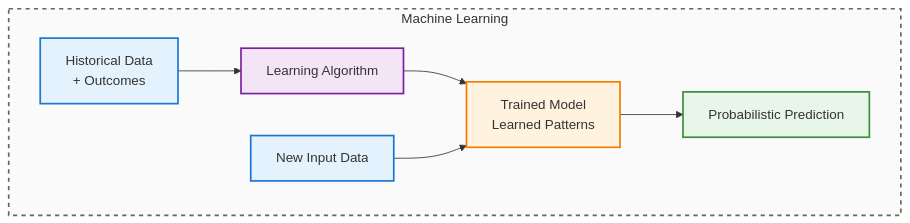
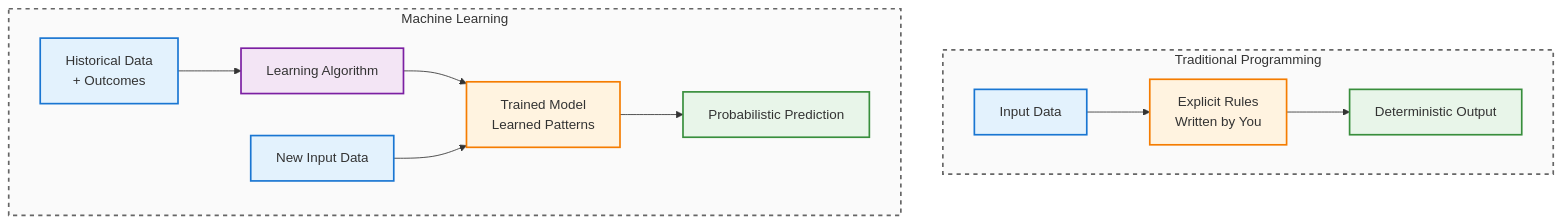
One commit to ravijoshi1810/codifyme changed the first of 3 diagrams in _posts/series/journey-automation-to-ai/2025-12-28-series-1-chapter-1-2-how-machines-learn.md. Above: the diagram before and after it, drawn with Mermaid. The commit also changed other lines of this file and 25 other files, not shown here.

````diff
--- a/_posts/series/journey-automation-to-ai/2025-12-28-series-1-chapter-1-2-how-machines-learn.md
+++ b/_posts/series/journey-automation-to-ai/2025-12-28-series-1-chapter-1-2-how-machines-learn.md
@@ -92,15 +46,23 @@
 ```mermaid
 flowchart TB
+    subgraph automation["Traditional Programming"]
+        A1[Input Data] --> A2[Explicit Rules\nWritten by You]
+        A2 --> A3[Deterministic Output]
+        style A1 fill:#e3f2fd,stroke:#1976d2,stroke-width:2px
+        style A2 fill:#fff3e0,stroke:#f57c00,stroke-width:2px
+        style A3 fill:#e8f5e9,stroke:#388e3c,stroke-width:2px
+    end
+    style automation fill:#fafafa,stroke:#666,stroke-width:2px,stroke-dasharray: 5 5
     subgraph ml["Machine Learning"]
         M1[Historical Data\n+ Outcomes] --> M2[Learning Algorithm]
         M2 --> M3[Trained Model\nLearned Patterns]
         M4[New Input Data] --> M3
         M3 --> M5[Probabilistic Prediction]
         style M1 fill:#e3f2fd,stroke:#1976d2,stroke-width:2px
         style M2 fill:#f3e5f5,stroke:#7b1fa2,stroke-width:2px
         style M3 fill:#fff3e0,stroke:#f57c00,stroke-width:2px
         style M4 fill:#e3f2fd,stroke:#1976d2,stroke-width:2px
         style M5 fill:#e8f5e9,stroke:#388e3c,stroke-width:2px
     end
     style ml fill:#fafafa,stroke:#666,stroke-width:2px,stroke-dasharray: 5 5
 ```
````
